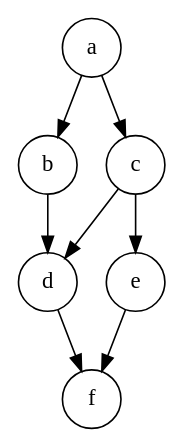
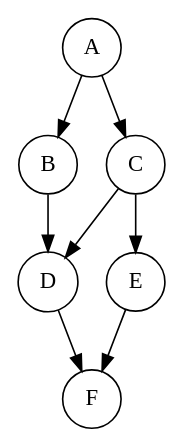
Before and after one commit to matthael/teoria-grafos: the diagram in aulas/aula01/grafo_orientado.dot, drawn with Graphviz. The commit also changed 1 other file, not shown here.

```diff
--- a/aulas/aula01/grafo_orientado.dot
+++ b/aulas/aula01/grafo_orientado.dot
@@ -1,15 +1,15 @@
 digraph G2 {
-    a [shape=circle];
-    b [shape=circle];
-    c [shape=circle];
-    d [shape=circle];
-    e [shape=circle];
-    f [shape=circle];
-    a -> b
-    a -> c
-    b -> d
-    c -> d
-    c -> e
-    d -> f
-    e -> f
+    A [shape = "circle"]
+    B [shape = "circle"]
+    C [shape = "circle"]
+    D [shape = "circle"]
+    E [shape = "circle"]
+    F [shape = "circle"]
+    A -> B
+    A -> C
+    B -> D
+    C -> D
+    C -> E
+    D -> F
+    E -> F
 }
```
